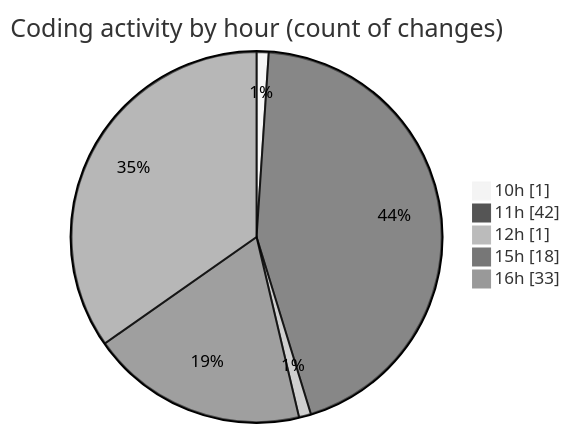
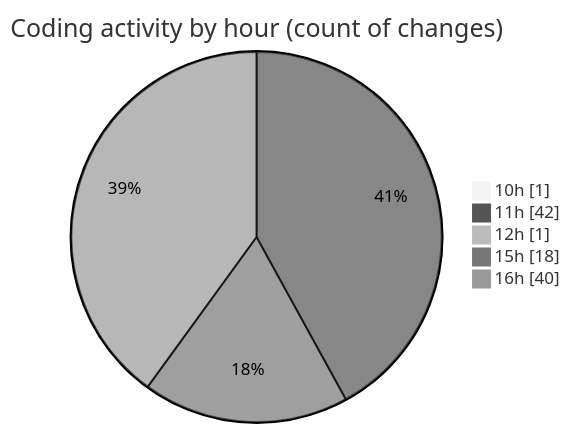
Before and after one commit to nxtqubesakshisongat/code-tracking: the second of 2 diagrams in 2025-06-25/nxtqube_webapp/README.md, drawn with Mermaid (neutral theme). The commit also changed other lines of this file and 1 other file, not shown here.

````diff
--- a/2025-06-25/nxtqube_webapp/README.md
+++ b/2025-06-25/nxtqube_webapp/README.md
@@ -33,9 +33,9 @@
 ```mermaid
 pie showData
 title Coding activity by hour (count of changes)
 "10h" : 1
 "11h" : 42
 "12h" : 1
 "15h" : 18
-"16h" : 33
+"16h" : 40
 ```
````
